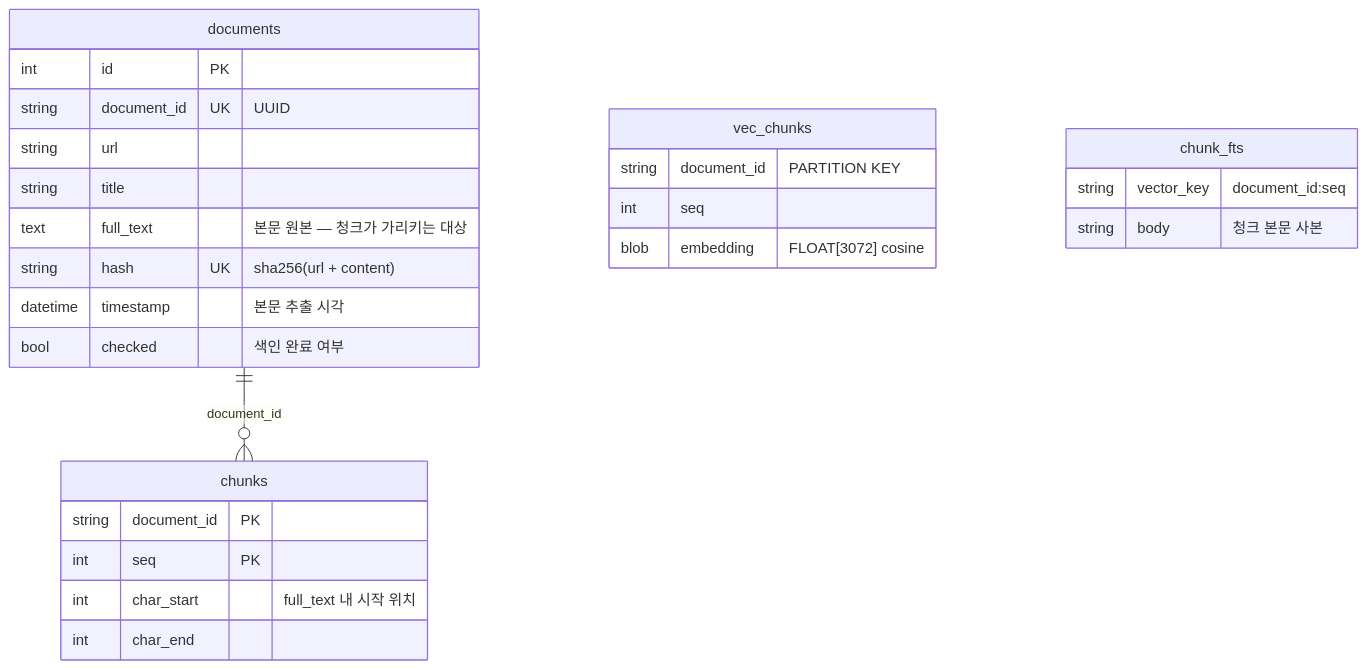
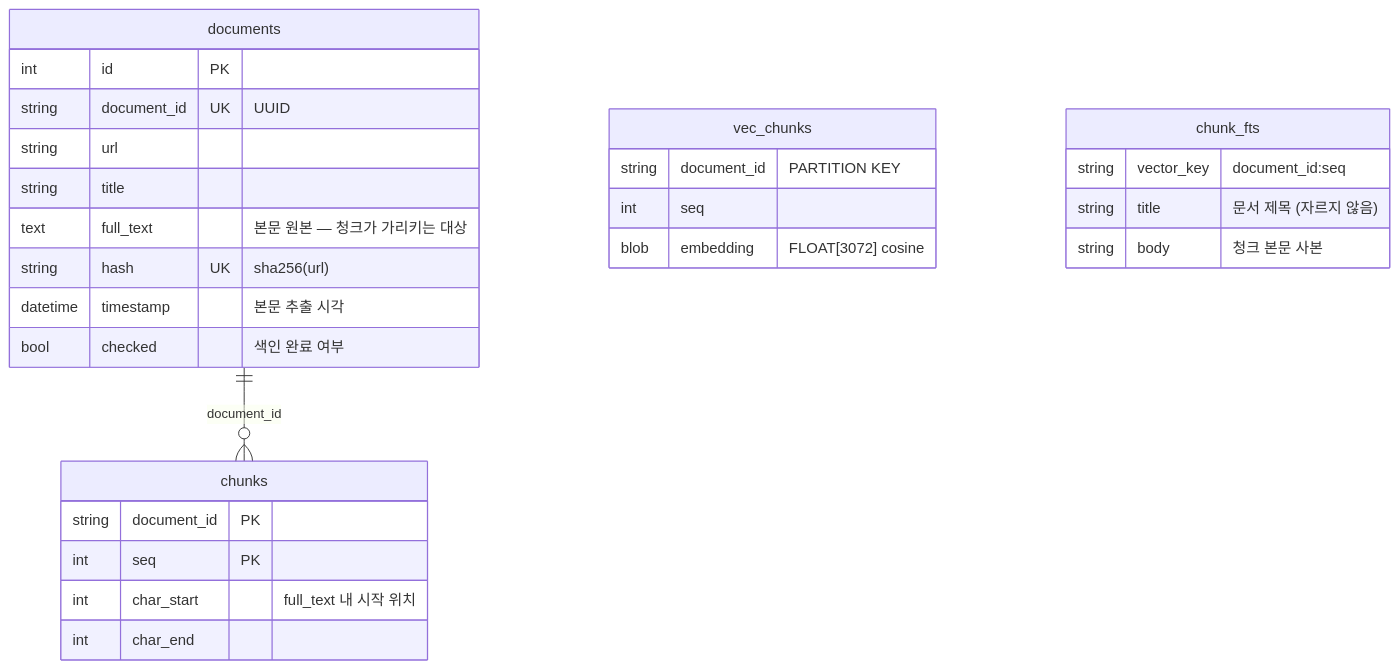
One commit to haesuo566/history_tracker changed the third of 3 diagrams in docs/collection-pipeline.md. Above: the diagram before and after it, drawn with Mermaid. The commit also changed other lines of this file and 11 other files, not shown here.

````diff
--- a/docs/collection-pipeline.md
+++ b/docs/collection-pipeline.md
@@ -351,29 +410,30 @@
 ```mermaid
 erDiagram
     documents ||--o{ chunks : "document_id"
     documents {
         int id PK
         string document_id UK "UUID"
         string url
         string title
         text full_text "본문 원본 — 청크가 가리키는 대상"
-        string hash UK "sha256(url + content)"
+        string hash UK "sha256(url)"
         datetime timestamp "본문 추출 시각"
         bool checked "색인 완료 여부"
     }
     chunks {
         string document_id PK
         int seq PK
         int char_start "full_text 내 시작 위치"
         int char_end
     }
     vec_chunks {
         string document_id "PARTITION KEY"
         int seq
         blob embedding "FLOAT[3072] cosine"
     }
     chunk_fts {
         string vector_key "document_id:seq"
+        string title "문서 제목 (자르지 않음)"
         string body "청크 본문 사본"
     }
 ```
````
